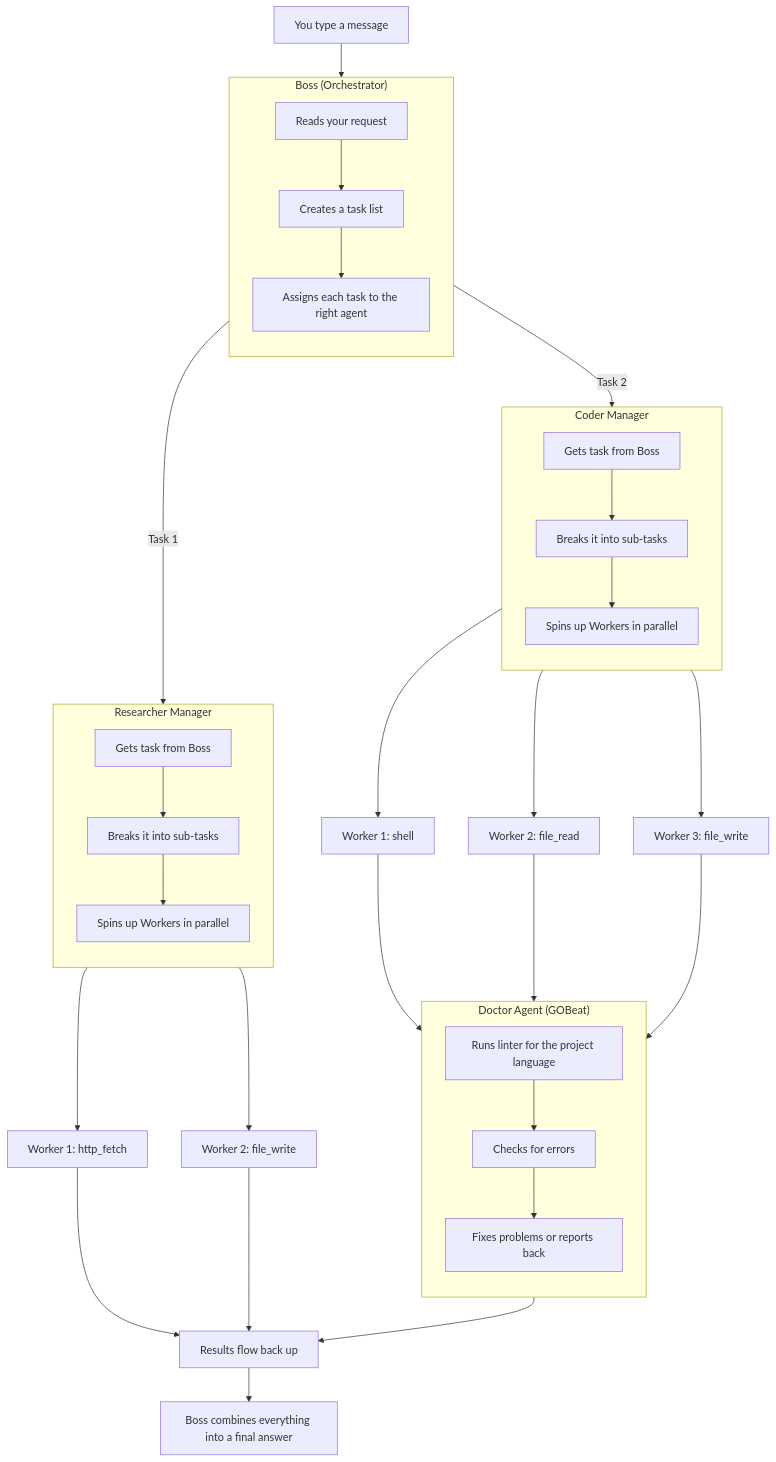
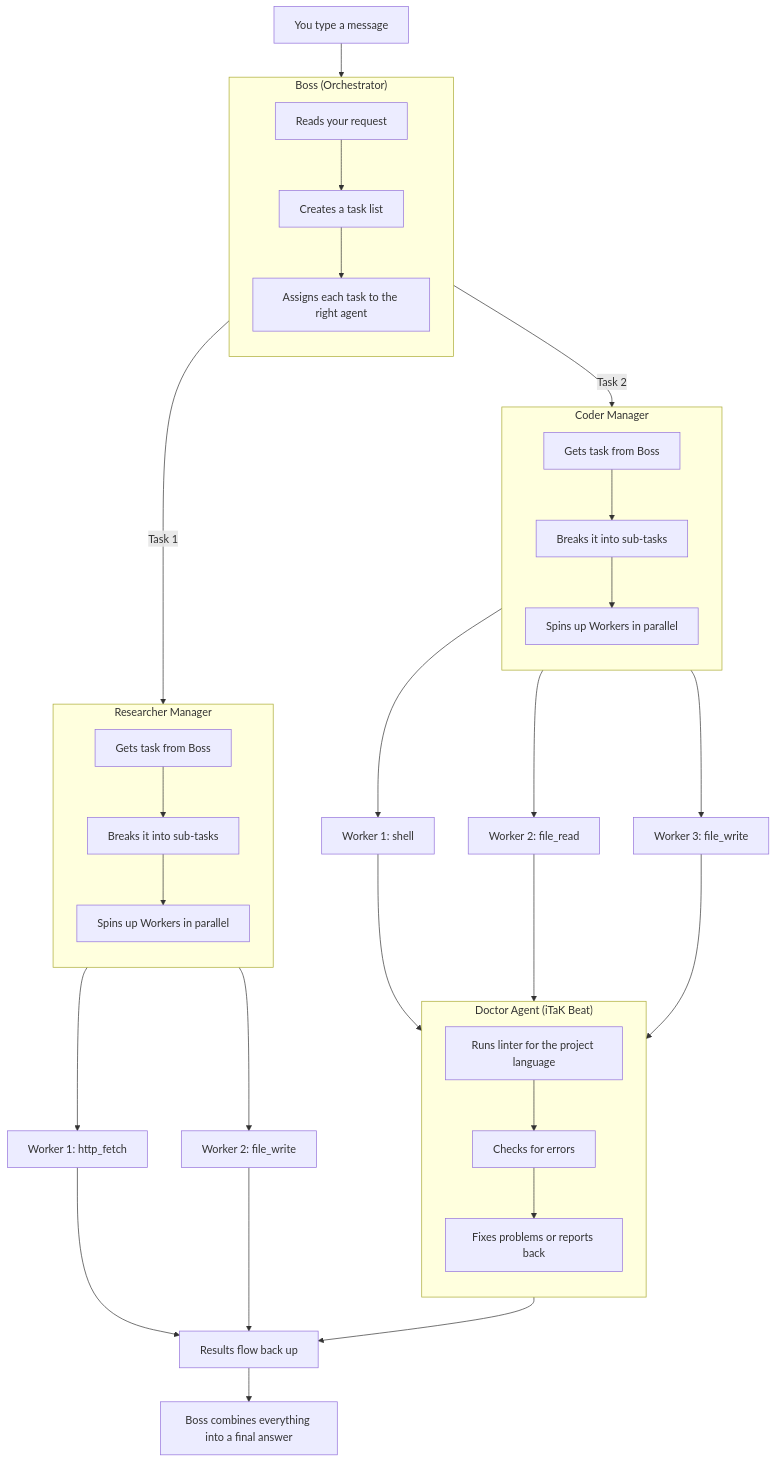
The diagram in README.md (David2024patton/itak-agent), drawn with Mermaid before and after one commit. The commit also changed other lines of this file and 683 other files, not shown here.

Commit message:
feat(memory): Implement Neo4j Hybrid Memory Architecture

````diff
--- a/README.md
+++ b/README.md
@@ -42,55 +42,55 @@
 ```mermaid
 flowchart TD
     User["You type a message"] --> Boss
 
     subgraph Boss["Boss (Orchestrator)"]
         direction TB
         B1["Reads your request"]
         B2["Creates a task list"]
         B3["Assigns each task to the right agent"]
         B1 --> B2 --> B3
     end
 
     Boss -- "Task 1" --> Researcher
     Boss -- "Task 2" --> Coder
 
     subgraph Researcher["Researcher Manager"]
         direction TB
         RM1["Gets task from Boss"]
         RM2["Breaks it into sub-tasks"]
         RM3["Spins up Workers in parallel"]
         RM1 --> RM2 --> RM3
     end
 
     subgraph Coder["Coder Manager"]
         direction TB
         CM1["Gets task from Boss"]
         CM2["Breaks it into sub-tasks"]
         CM3["Spins up Workers in parallel"]
         CM1 --> CM2 --> CM3
     end
 
     Researcher --> RW1["Worker 1: http_fetch"]
     Researcher --> RW2["Worker 2: file_write"]
 
     Coder --> CW1["Worker 1: shell"]
     Coder --> CW2["Worker 2: file_read"]
     Coder --> CW3["Worker 3: file_write"]
 
     CW1 --> Doctor
     CW2 --> Doctor
     CW3 --> Doctor
 
-    subgraph Doctor["Doctor Agent (GOBeat)"]
+    subgraph Doctor["Doctor Agent (iTaK Beat)"]
         direction TB
         D1["Runs linter for the project language"]
         D2["Checks for errors"]
         D3["Fixes problems or reports back"]
         D1 --> D2 --> D3
     end
 
     RW1 --> Result["Results flow back up"]
     RW2 --> Result
     Doctor --> Result
     Result --> Answer["Boss combines everything into a final answer"]
 ```
````
